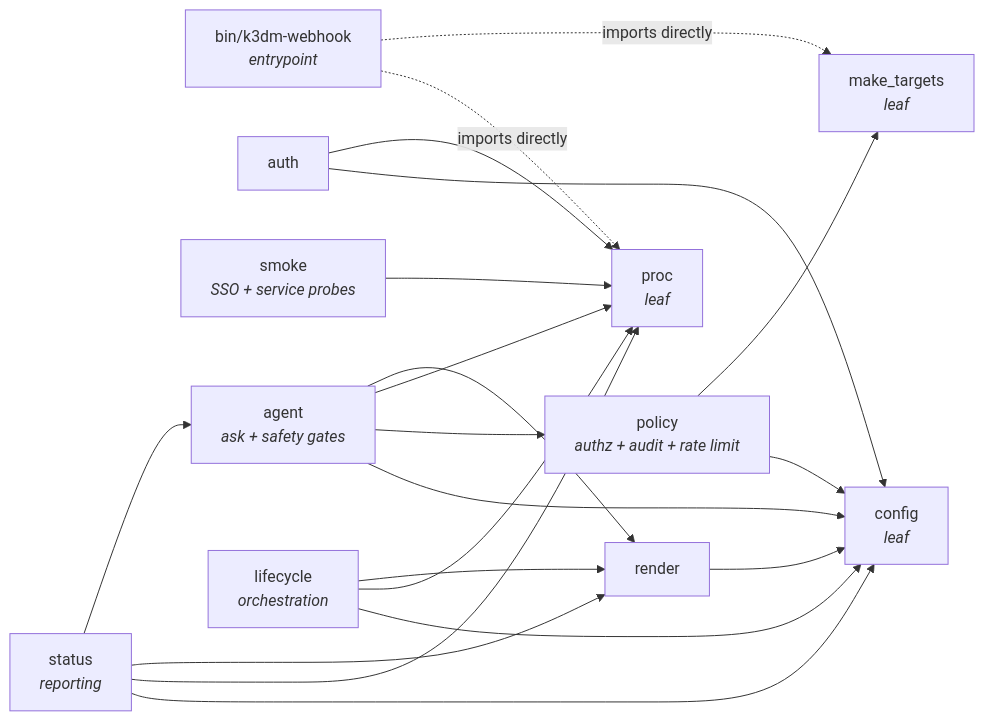
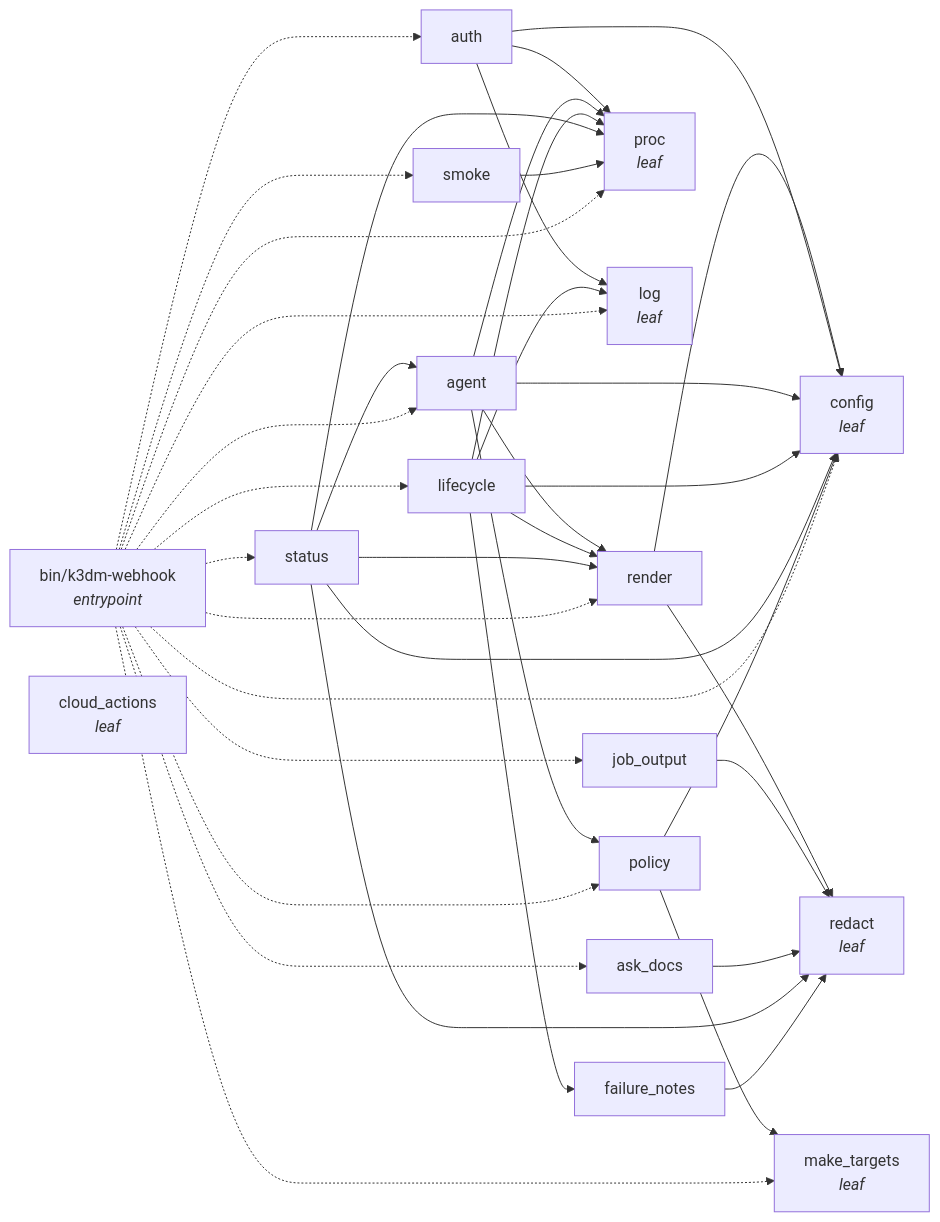
Before and after one commit to wilddog64/k3d-manager: the first of 2 diagrams in docs/architecture/webhook-server.md, drawn with Mermaid. The commit also changed other lines of this file and 618 other files, not shown here.

````diff
--- a/docs/architecture/webhook-server.md
+++ b/docs/architecture/webhook-server.md
@@ -78,34 +92,60 @@
 ```mermaid
 flowchart LR
     ENTRY["bin/k3dm-webhook<br/><i>entrypoint</i>"]
+    CONFIG["config<br/><i>leaf</i>"]
     RENDER["render"]
+    PROC["proc<br/><i>leaf</i>"]
+    LOG["log<br/><i>leaf</i>"]
+    JOB["job_output"]
+    AGENT["agent"]
+    ASK["ask_docs"]
+    LIFE["lifecycle"]
+    STATUS["status"]
+    SMOKE["smoke"]
     AUTH["auth"]
-    CONFIG["config<br/><i>leaf</i>"]
-    PROC["proc<br/><i>leaf</i>"]
     MAKE["make_targets<br/><i>leaf</i>"]
-    POLICY["policy<br/><i>authz + audit + rate limit</i>"]
-    SMOKE["smoke<br/><i>SSO + service probes</i>"]
-    AGENT["agent<br/><i>ask + safety gates</i>"]
-    LIFE["lifecycle<br/><i>orchestration</i>"]
-    STATUS["status<br/><i>reporting</i>"]
+    POLICY["policy"]
+    REDACT["redact<br/><i>leaf</i>"]
+    FAILURE["failure_notes"]
+    CLOUD["cloud_actions<br/><i>leaf</i>"]
 
     RENDER --> CONFIG
+    RENDER --> REDACT
     AUTH --> CONFIG
+    AUTH --> LOG
     AUTH --> PROC
-    POLICY --> CONFIG
-    POLICY --> MAKE
-    SMOKE --> PROC
+    JOB --> REDACT
     AGENT --> CONFIG
     AGENT --> POLICY
     AGENT --> PROC
     AGENT --> RENDER
+    ASK --> REDACT
     LIFE --> CONFIG
+    LIFE --> FAILURE
+    LIFE --> LOG
     LIFE --> PROC
     LIFE --> RENDER
+    STATUS --> AGENT
     STATUS --> CONFIG
     STATUS --> PROC
+    STATUS --> REDACT
     STATUS --> RENDER
-    STATUS --> AGENT
-    ENTRY -.->|"imports directly"| PROC
-    ENTRY -.->|"imports directly"| MAKE
+    SMOKE --> PROC
+    POLICY --> CONFIG
+    POLICY --> MAKE
+    FAILURE --> REDACT
+
+    ENTRY -.-> CONFIG
+    ENTRY -.-> RENDER
+    ENTRY -.-> PROC
+    ENTRY -.-> LOG
+    ENTRY -.-> JOB
+    ENTRY -.-> AGENT
+    ENTRY -.-> ASK
+    ENTRY -.-> LIFE
+    ENTRY -.-> STATUS
+    ENTRY -.-> SMOKE
+    ENTRY -.-> AUTH
+    ENTRY -.-> MAKE
+    ENTRY -.-> POLICY
 ```
````
